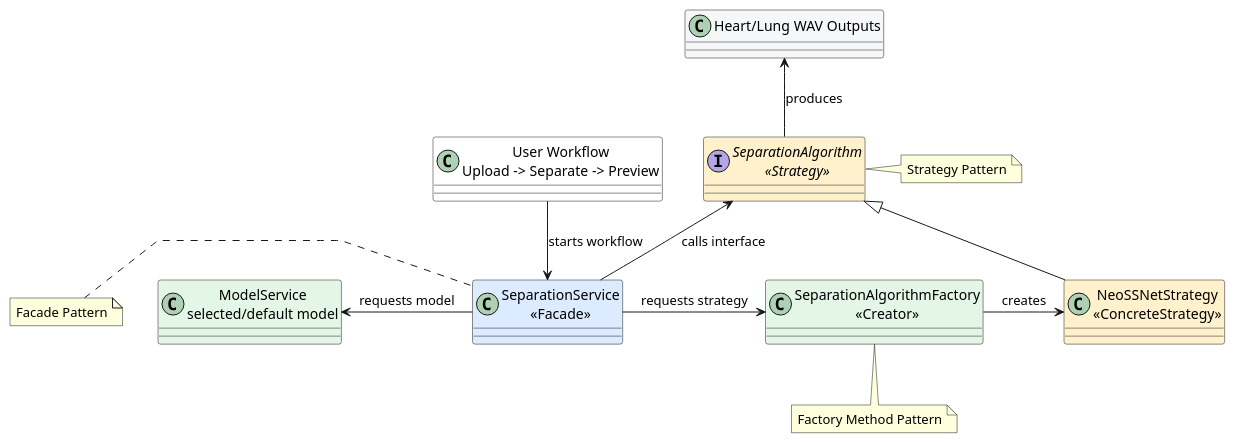
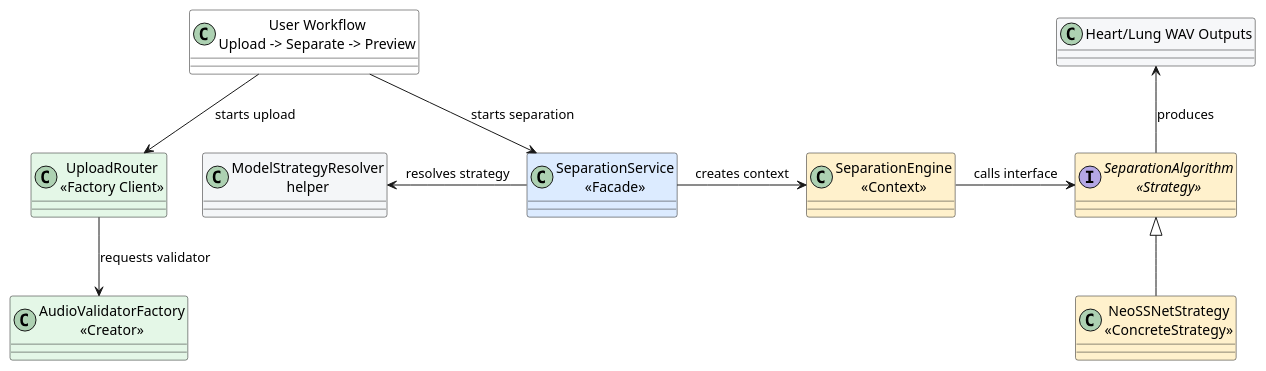
The diagram in docs/software_design_report/diagrams/puml/overall_alt_spider_web.puml (ASHRAF-2004/Machine-Learning-Based-System-for-Cardiopulmonary-Sound-Separation), drawn with PlantUML before and after one commit. The commit also changed 35 other files, not shown here.

```diff
--- a/docs/software_design_report/diagrams/puml/overall_alt_spider_web.puml
+++ b/docs/software_design_report/diagrams/puml/overall_alt_spider_web.puml
@@ -1,36 +1,27 @@
 @startuml
 ' Alternative 2: spider-web view from the user-facing workflow.
 
 skinparam classAttributeIconSize 0
 skinparam linetype polyline
 skinparam shadowing false
 
 class "User Workflow\nUpload -> Separate -> Preview" as Center #FFFFFF
+class "UploadRouter\n<<Factory Client>>" as Upload #E4F7E7
+class "AudioValidatorFactory\n<<Creator>>" as ValidatorFactory #E4F7E7
 class "SeparationService\n<<Facade>>" as Facade #DCEBFF
-class "ModelService\nselected/default model" as Model #E4F7E7
-class "SeparationAlgorithmFactory\n<<Creator>>" as Factory #E4F7E7
+class "ModelStrategyResolver\nhelper" as Resolver #F4F6F8
+class "SeparationEngine\n<<Context>>" as Engine #FFF1CC
 interface "SeparationAlgorithm\n<<Strategy>>" as Algorithm #FFF1CC
 class "NeoSSNetStrategy\n<<ConcreteStrategy>>" as NeoSSNet #FFF1CC
 class "Heart/Lung WAV Outputs" as Output #F6F7F9
 
-Center -down-> Facade : starts workflow
-Facade -left-> Model : requests model
-Facade -right-> Factory : requests strategy
-Factory -right-> NeoSSNet : creates
+Center -down-> Upload : starts upload
+Upload -down-> ValidatorFactory : requests validator
+Center -down-> Facade : starts separation
+Facade -left-> Resolver : resolves strategy
+Facade -right-> Engine : creates context
+Engine -right-> Algorithm : calls interface
 NeoSSNet -up-|> Algorithm
-Facade -up-> Algorithm : calls interface
 Algorithm -up-> Output : produces
 
-note left of Facade
-  Facade Pattern
-end note
-
-note right of Algorithm
-  Strategy Pattern
-end note
-
-note bottom of Factory
-  Factory Method Pattern
-end note
-
 @enduml
```
